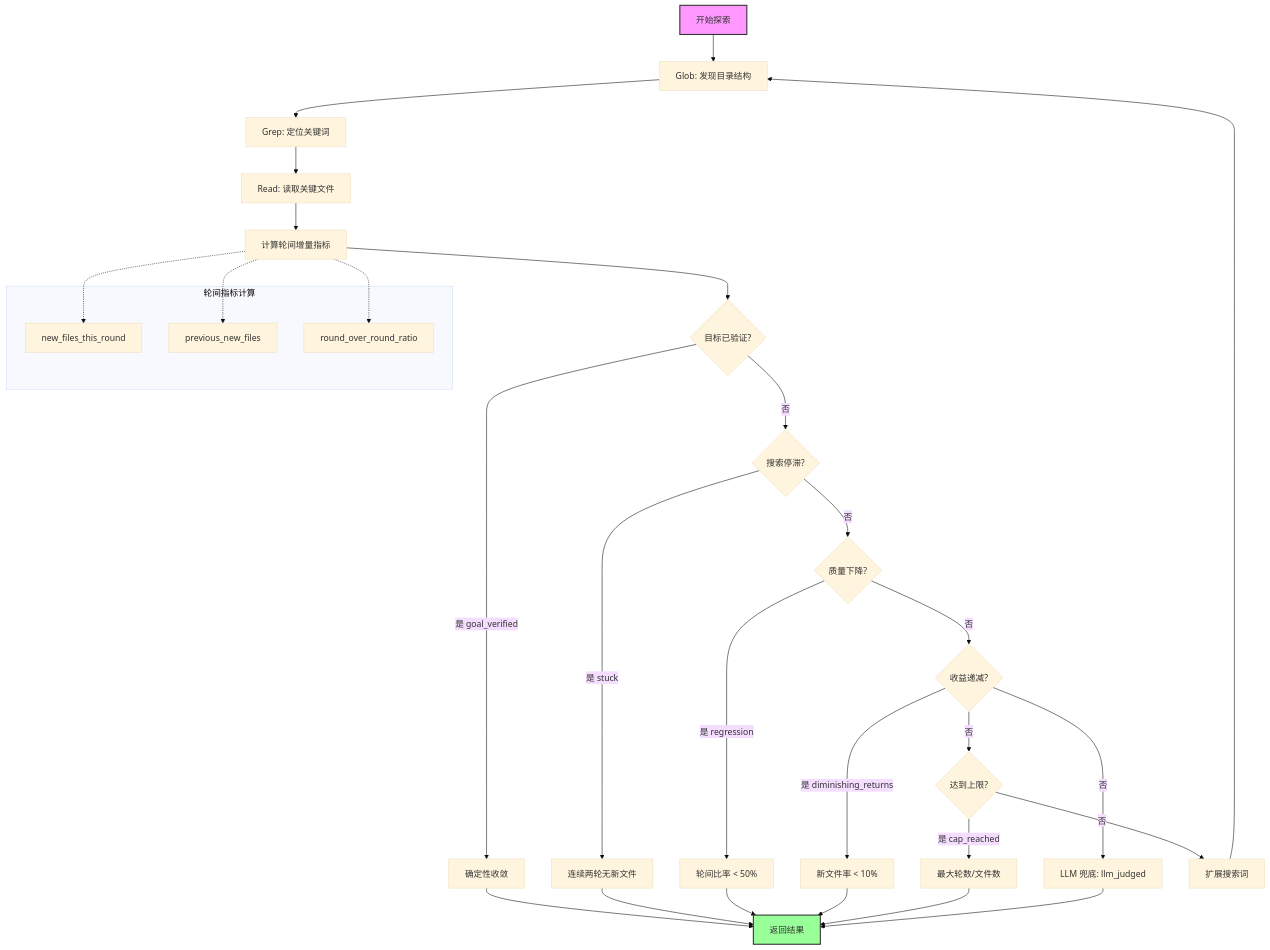
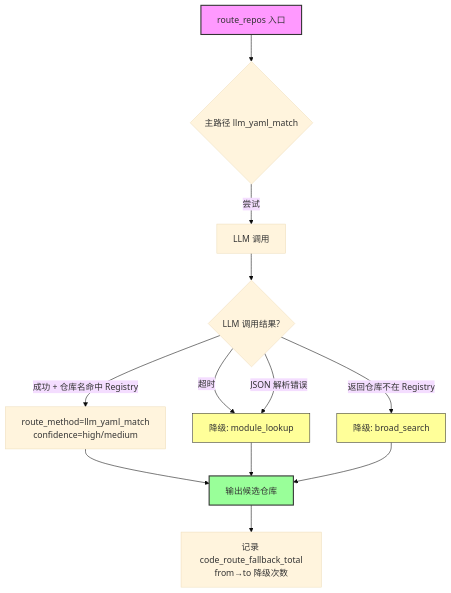
The fourth of 4 diagrams in docs/designs/SPMA-design-13-industry-research-code-location.md (leizhuang1332/SPMA), drawn with Mermaid (base theme) before and after one commit. The commit also changed other lines of this file, not shown here.

````diff
--- a/docs/designs/SPMA-design-13-industry-research-code-location.md
+++ b/docs/designs/SPMA-design-13-industry-research-code-location.md
@@ -964,46 +1142,22 @@
 ```mermaid
 flowchart TD
-    A[开始探索] --> B[Glob: 发现目录结构]
-    B --> C[Grep: 定位关键词]
-    C --> D[Read: 读取关键文件]
-    D --> E[计算轮间增量指标]
+    A[route_repos 入口] --> B{主路径 llm_yaml_match}
+    B -->|尝试| C[LLM 调用]
 
-    E --> F{目标已验证?}
-    F -->|是 goal_verified| G[确定性收敛]
-    G --> M[返回结果]
+    C --> D{LLM 调用结果?}
+    D -->|成功 + 仓库名命中 Registry| E[route_method=llm_yaml_match<br/>confidence=high/medium]
+    D -->|超时| F[降级: module_lookup]
+    D -->|JSON 解析错误| F
+    D -->|返回仓库不在 Registry| G[降级: broad_search]
 
-    F -->|否| H{搜索停滞?}
-    H -->|是 stuck| I[连续两轮无新文件]
-    I --> M
+    E --> H[输出候选仓库]
+    F --> H
+    G --> H
 
-    H -->|否| J{质量下降?}
-    J -->|是 regression| K[轮间比率 < 50%]
-    K --> M
-
-    J -->|否| L{收益递减?}
-    L -->|是 diminishing_returns| N[新文件率 < 10%]
-    N --> M
-
-    L -->|否| O{达到上限?}
-    O -->|是 cap_reached| P[最大轮数/文件数]
-    P --> M
-
-    L -->|否| Q[LLM 兜底: llm_judged]
-    Q --> M
-
-    O -->|否| R[扩展搜索词]
-    R --> B
+    H --> I[记录 code_route_fallback_total<br/>from→to 降级次数]
 
     style A fill:#f9f,stroke:#333,stroke-width:2px
-    style M fill:#9f9,stroke:#333,stroke-width:2px
-
-    subgraph 轮间指标计算
-        X[new_files_this_round]
-        Y[previous_new_files]
-        Z[round_over_round_ratio]
-    end
-
-    E -.-> X
-    E -.-> Y
-    E -.-> Z
+    style H fill:#9f9,stroke:#333,stroke-width:2px
+    style F fill:#ff9,stroke:#333
+    style G fill:#ff9,stroke:#333
 ```
````
